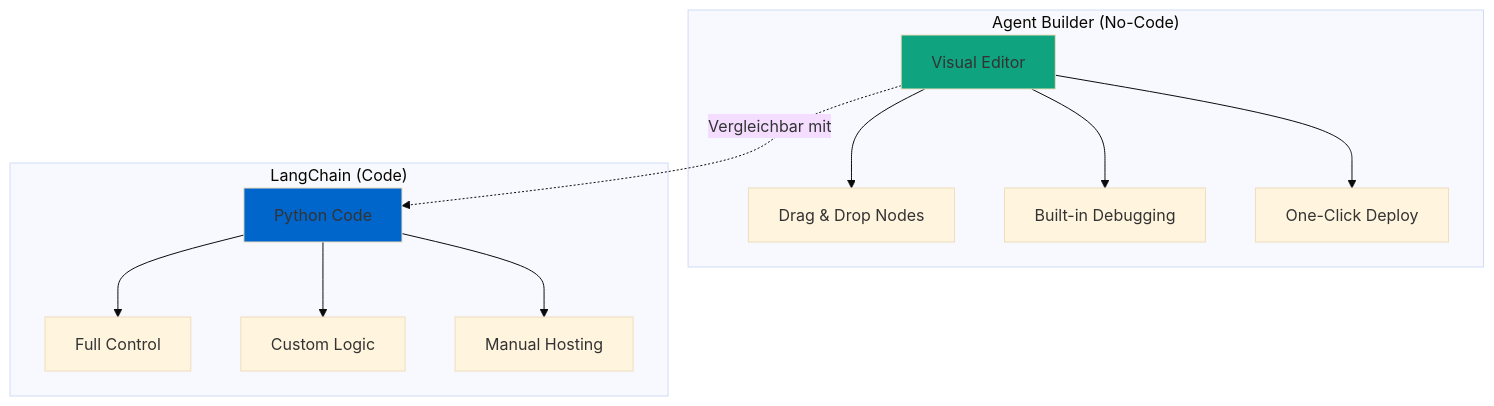
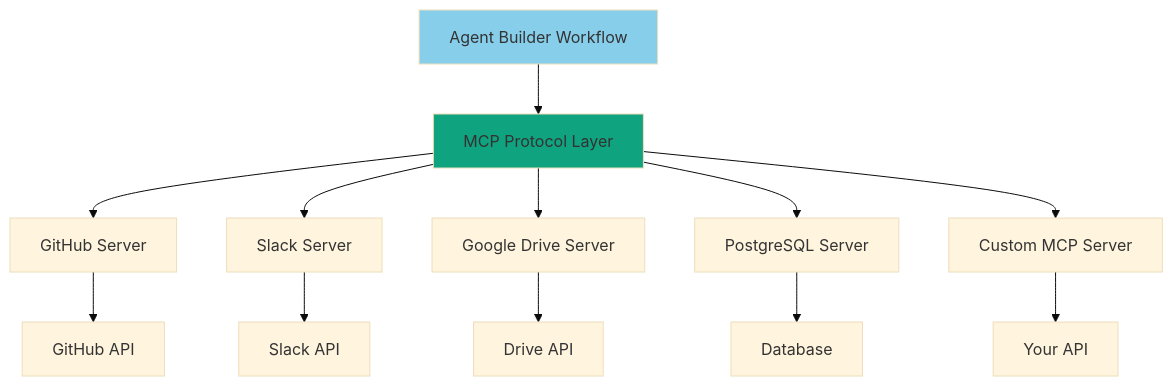
Before and after one commit to ralf-42/Agenten: the eighth of 22 diagrams in docs/06-multi-agent-erweiterungen/einsteiger-agent-builder.md, drawn with Mermaid (base theme). The commit also changed other lines of this file and 47 other files, not shown here.

````diff
--- a/docs/06-multi-agent-erweiterungen/einsteiger-agent-builder.md
+++ b/docs/06-multi-agent-erweiterungen/einsteiger-agent-builder.md
@@ -279,19 +351,18 @@
 ```mermaid
 graph TB
-    subgraph "Agent Builder (No-Code)"
-        AB[Visual Editor] --> AB1[Drag & Drop Nodes]
-        AB --> AB2[Built-in Debugging]
-        AB --> AB3[One-Click Deploy]
-    end
+    AB[Agent Builder Workflow] --> MCP[MCP Protocol Layer]
+    MCP --> GH[GitHub Server]
+    MCP --> SL[Slack Server]
+    MCP --> GD[Google Drive Server]
+    MCP --> DB[PostgreSQL Server]
+    MCP --> CUSTOM[Custom MCP Server]
 
-    subgraph "LangChain (Code)"
-        LC[Python Code] --> LC1[Full Control]
-        LC --> LC2[Custom Logic]
-        LC --> LC3[Manual Hosting]
-    end
+    GH --> GHAPI[GitHub API]
+    SL --> SLAPI[Slack API]
+    GD --> GDAPI[Drive API]
+    DB --> DBAPI[Database]
+    CUSTOM --> CAPI[Your API]
 
-    AB -.Vergleichbar mit.-> LC
-
-    style AB fill:#10a37f
-    style LC fill:#0066cc
+    style MCP fill:#10a37f
+    style AB fill:#87CEEB
 ```
````
